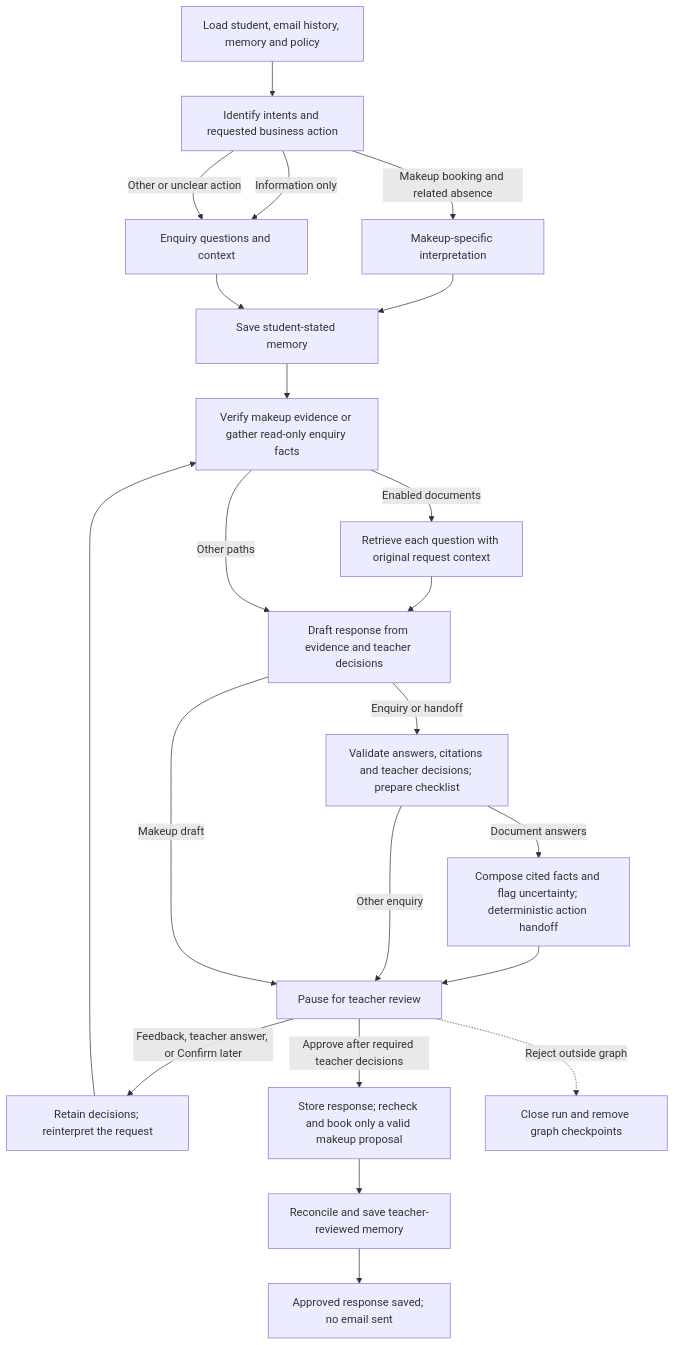
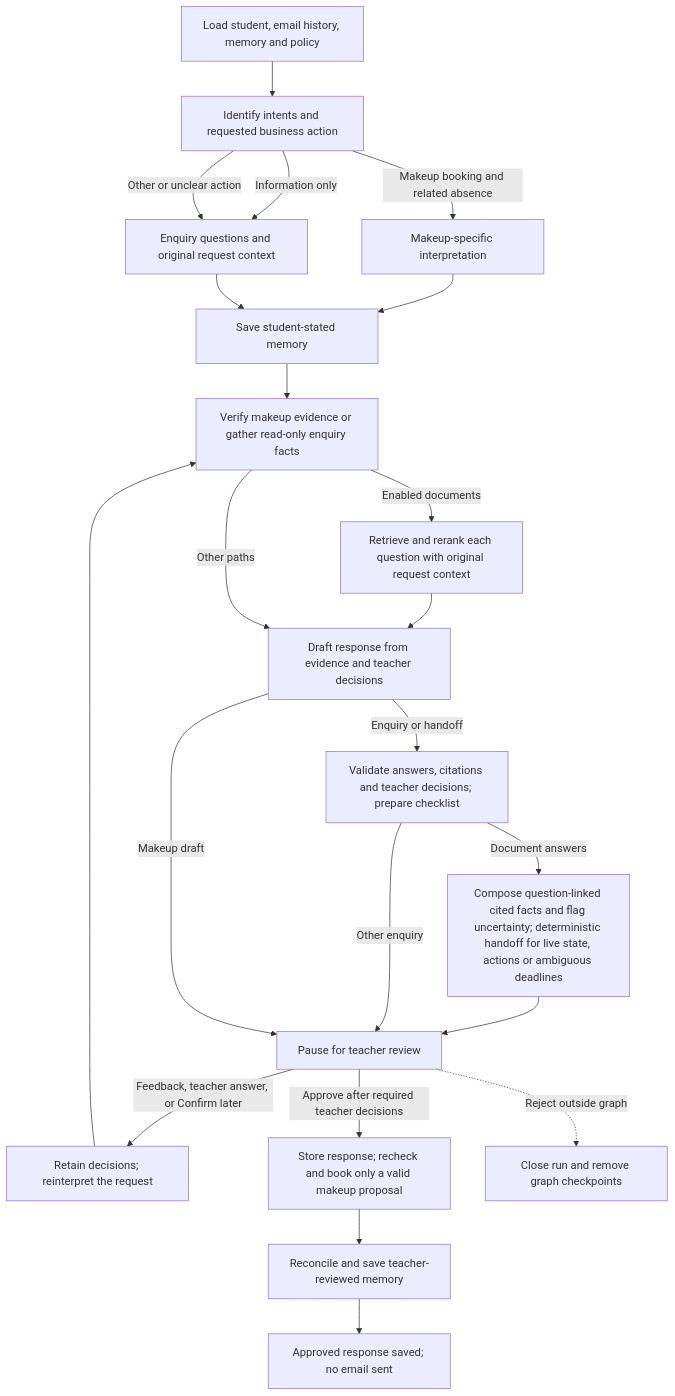
One commit to manjunjiangclara-cmyk/dance-studio-agent changed the diagram in docs/03-makeup-workflow.md. Above: the diagram before and after it, drawn with Mermaid. The commit also changed other lines of this file and 14 other files, not shown here.

````diff
--- a/docs/03-makeup-workflow.md
+++ b/docs/03-makeup-workflow.md
@@ -7,24 +7,24 @@
 ```mermaid
 flowchart TD
     A[Load student, email history, memory and policy] --> R[Identify intents and requested business action]
     R -->|Makeup booking and related absence| B[Makeup-specific interpretation]
-    R -->|Information only| X[Enquiry questions and context]
+    R -->|Information only| X[Enquiry questions and original request context]
     R -->|Other or unclear action| X
     B --> C[Save student-stated memory]
     X --> C
     C --> D[Verify makeup evidence or gather read-only enquiry facts]
-    D -->|Enabled documents| D1[Retrieve each question with original request context]
+    D -->|Enabled documents| D1[Retrieve and rerank each question with original request context]
     D1 --> E[Draft response from evidence and teacher decisions]
     D -->|Other paths| E
     E -->|Enquiry or handoff| K["Validate answers, citations and teacher decisions; prepare checklist"]
-    K -->|Document answers| K1["Compose cited facts and flag uncertainty; deterministic action handoff"]
+    K -->|Document answers| K1["Compose question-linked cited facts and flag uncertainty; deterministic handoff for live state, actions or ambiguous deadlines"]
     K1 --> F[Pause for teacher review]
     K -->|Other enquiry| F
     E -->|Makeup draft| F
     F -->|Feedback, teacher answer, or Confirm later| V[Retain decisions; reinterpret the request]
     V --> D
     F -->|Approve after required teacher decisions| G[Store response; recheck and book only a valid makeup proposal]
     G --> H[Reconcile and save teacher-reviewed memory]
     H --> J[Approved response saved; no email sent]
     F -.->|Reject outside graph| I[Close run and remove graph checkpoints]
 ```
````
